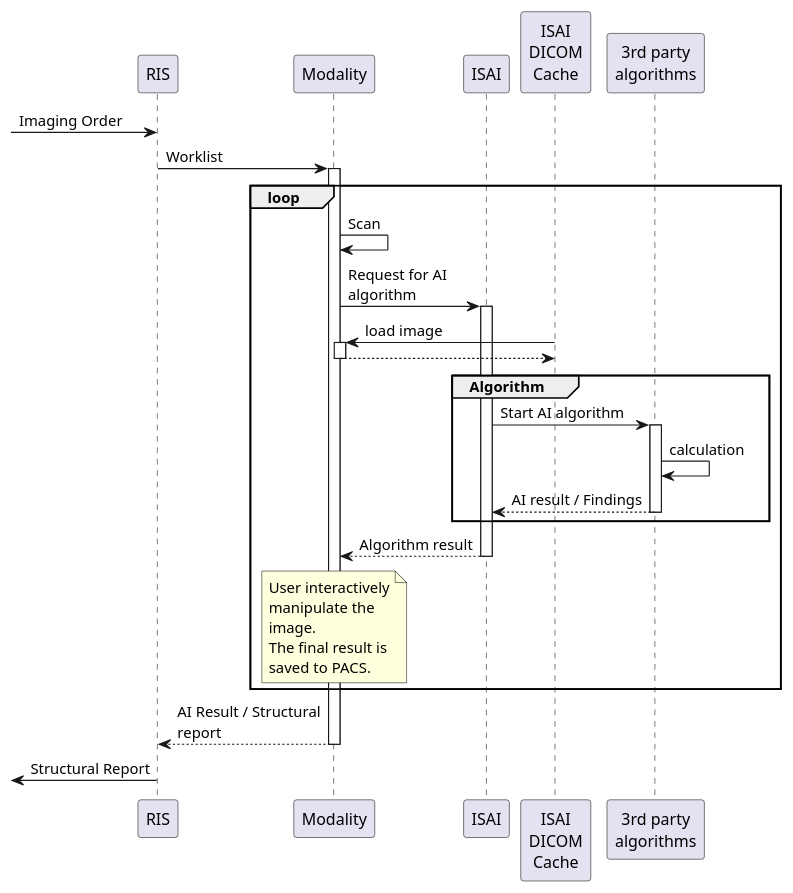
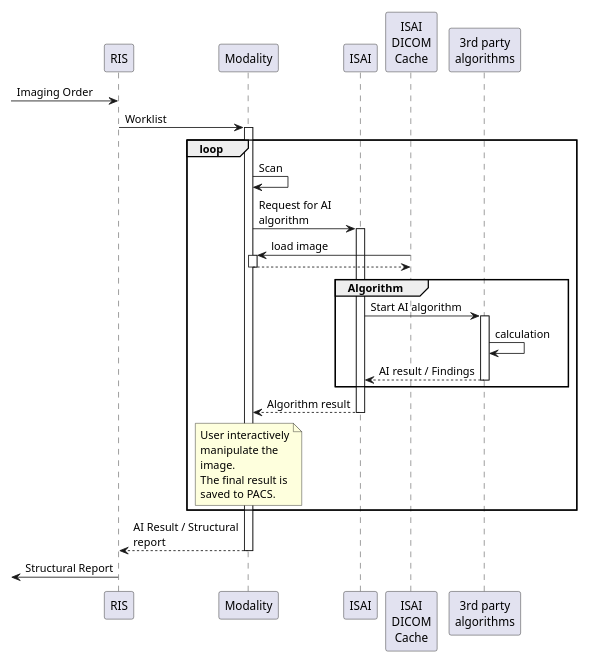
Before and after one commit to xmiao/AI.interoperability: the diagram in input/images-source/uc5.plantuml, drawn with PlantUML. The commit also changed 5 other files, not shown here.

```diff
--- a/input/images-source/uc5.plantuml
+++ b/input/images-source/uc5.plantuml
@@ -1,39 +1,40 @@
 @startuml
 skinparam maxMessageSize 150
+scale 500 width
 
 'actor "User" as U
 participant "RIS" as R
 participant "Modality" as M
 participant "ISAI" as I
 participant "ISAI\nDICOM\nCache" as P
 participant "3rd party\nalgorithms" as S
 
  -> R : Imaging Order
 R -> M++: Worklist
 loop
 M -> M: Scan
 M -> I++: Request for AI algorithm
 P -> M++: load image
 return
 group Algorithm
 I -> S ++: Start AI algorithm
 S -> S: calculation
 'S -> P: result
 return AI result / Findings
 end
 return Algorithm result
 note over M
 User interactively
 manipulate the
 image.
 The final result is
 saved to PACS.
 end note
 end
 return AI Result / Structural report
  <- R: Structural Report
 
 
 
 
 @enduml
```
